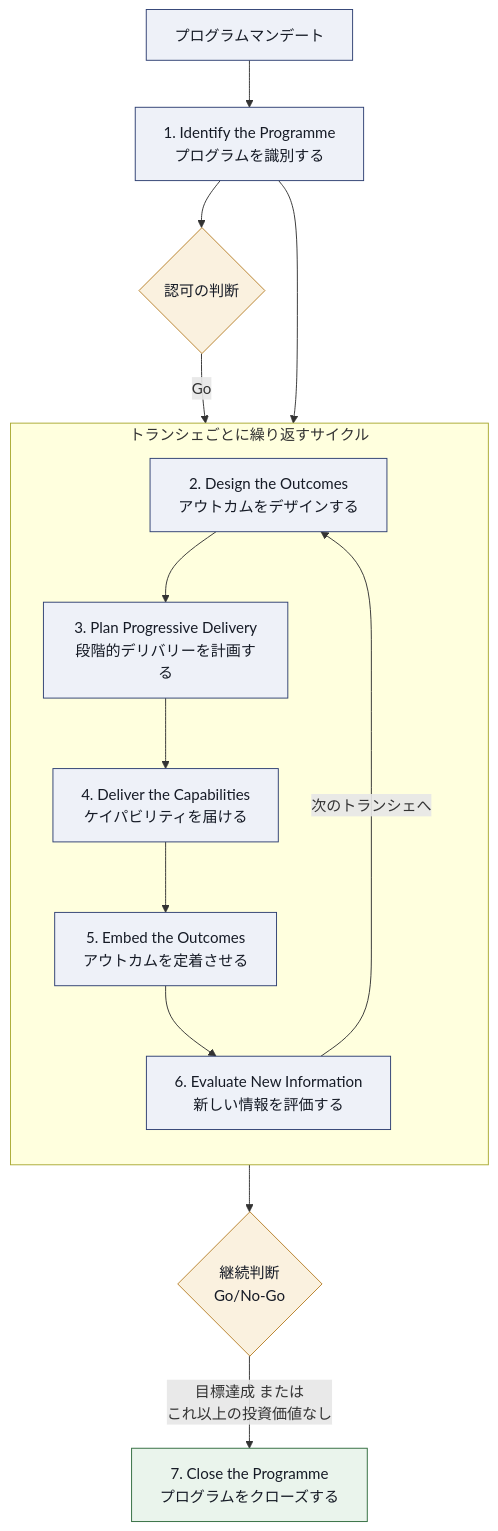
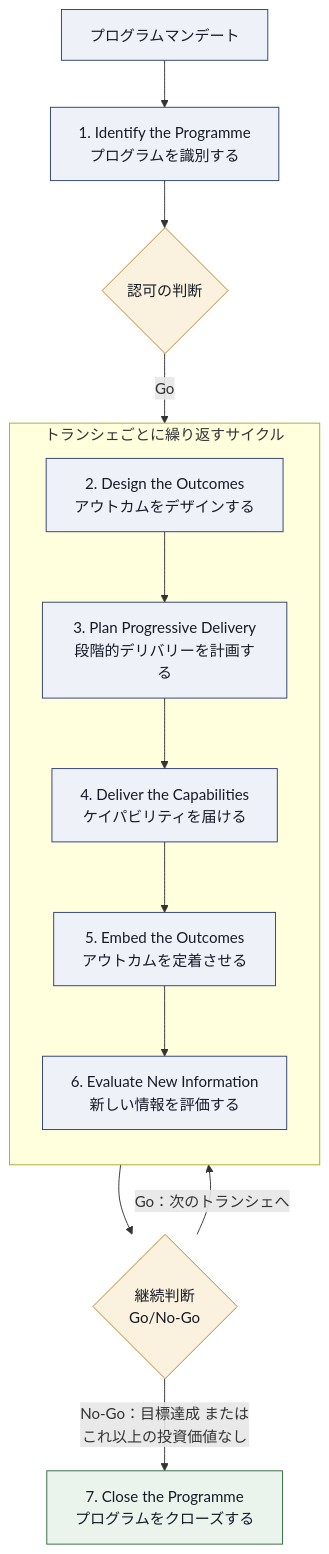
The seventh of 10 diagrams in Msp-foundation-5th-edition-guide.md (myoshi2891/Management-Team-Building-Studies), drawn with Mermaid before and after one commit. The commit also changed other lines of this file and 1 other file, not shown here.

Commit message:
docs(msp): refine lifecycle flowchart, renewal details, and heading formatting

````diff
--- a/Msp-foundation-5th-edition-guide.md
+++ b/Msp-foundation-5th-edition-guide.md
@@ -399,28 +400,27 @@
 ```mermaid
 flowchart TB
     M["プログラムマンデート"] --> P1["1. Identify the Programme<br/>プログラムを識別する"]
     P1 --> GATE1{"認可の判断"}
     GATE1 -->|"Go"| P2
 
     subgraph CYCLE["トランシェごとに繰り返すサイクル"]
         direction TB
         P2["2. Design the Outcomes<br/>アウトカムをデザインする"]
         P3["3. Plan Progressive Delivery<br/>段階的デリバリーを計画する"]
         P4["4. Deliver the Capabilities<br/>ケイパビリティを届ける"]
         P5["5. Embed the Outcomes<br/>アウトカムを定着させる"]
         P6["6. Evaluate New Information<br/>新しい情報を評価する"]
         P2 --> P3 --> P4 --> P5 --> P6
-        P6 -->|"次のトランシェへ"| P2
     end
 
-    P1 --> CYCLE
-    CYCLE --> GATE2{"継続判断<br/>Go/No-Go"}
-    GATE2 -->|"目標達成 または<br/>これ以上の投資価値なし"| P7["7. Close the Programme<br/>プログラムをクローズする"]
+    P6 --> GATE2{"継続判断<br/>Go/No-Go"}
+    GATE2 -->|"Go：次のトランシェへ"| P2
+    GATE2 -->|"No-Go：目標達成 または<br/>これ以上の投資価値なし"| P7["7. Close the Programme<br/>プログラムをクローズする"]
 
     classDef box fill:#EEF1F8,stroke:#2E3F72,color:#161B26
     classDef hub fill:#FAF1DF,stroke:#B8802A,color:#161B26
     classDef done fill:#EAF4EC,stroke:#2F6B3D,color:#161B26
     class M,P1,P2,P3,P4,P5,P6 box
     class GATE1,GATE2 hub
     class P7 done
 ```
````
